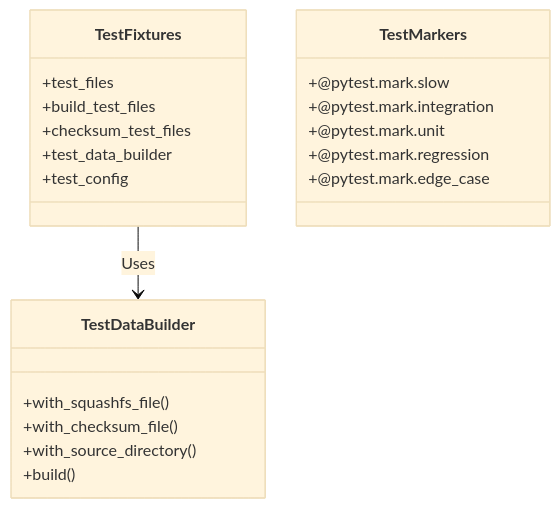
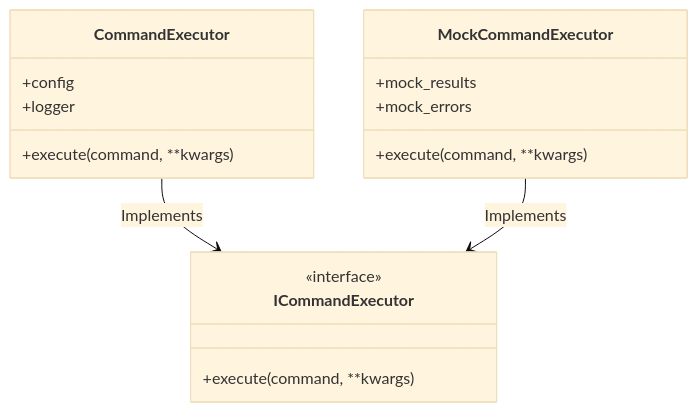
The seventh of 10 diagrams in DESIGN.md (WombatFromHell/squashfs-archive-helper), drawn with Mermaid (base theme) before and after one commit. The commit also changed other lines of this file and 38 other files, not shown here.

````diff
--- a/DESIGN.md
+++ b/DESIGN.md
@@ -307,29 +367,24 @@
 ```mermaid
 classDiagram
     direction TB
 
-    class TestFixtures {
-        +test_files
-        +build_test_files
-        +checksum_test_files
-        +test_data_builder
-        +test_config
+    class ICommandExecutor {
+        <<interface>>
+        +execute(command, **kwargs)
     }
 
-    class TestDataBuilder {
-        +with_squashfs_file()
-        +with_checksum_file()
-        +with_source_directory()
-        +build()
+    class CommandExecutor {
+        +config
+        +logger
+        +execute(command, **kwargs)
     }
 
-    class TestMarkers {
-        +@pytest.mark.slow
-        +@pytest.mark.integration
-        +@pytest.mark.unit
-        +@pytest.mark.regression
-        +@pytest.mark.edge_case
+    class MockCommandExecutor {
+        +execute(command, **kwargs)
+        +mock_results
+        +mock_errors
     }
 
-    TestFixtures --> TestDataBuilder : Uses
+    CommandExecutor --> ICommandExecutor : Implements
+    MockCommandExecutor --> ICommandExecutor : Implements
 ```
````
